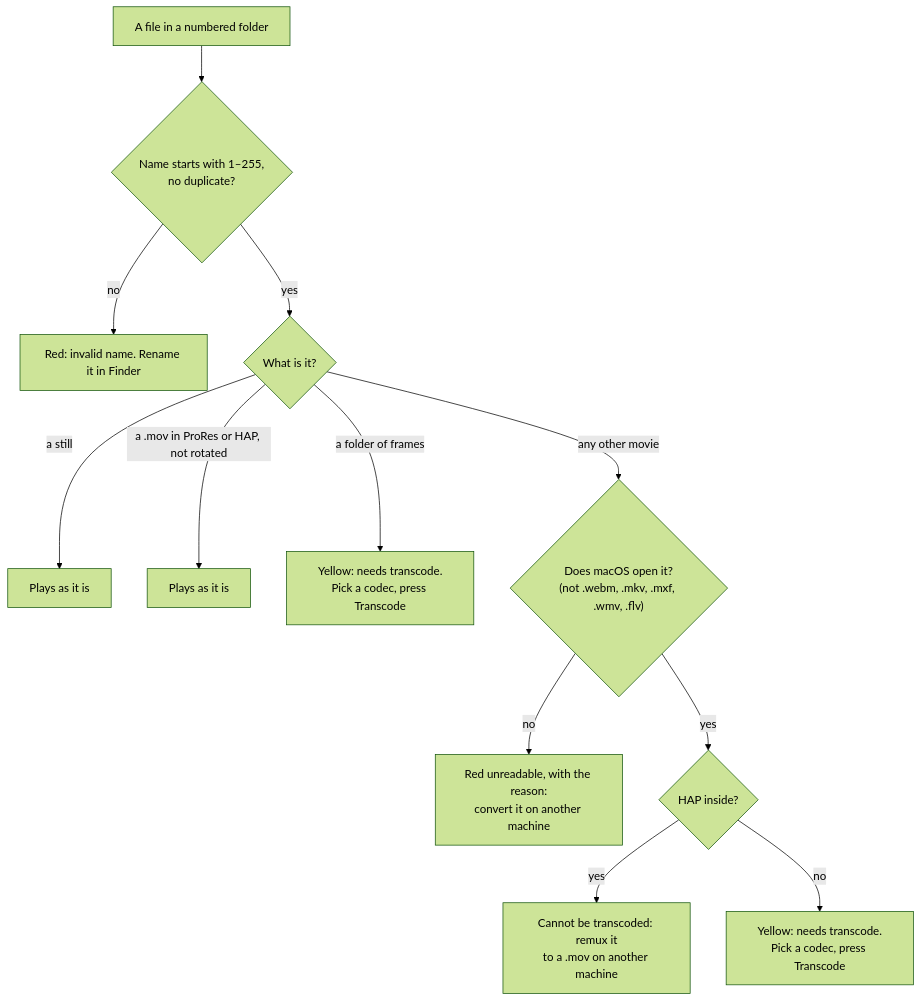
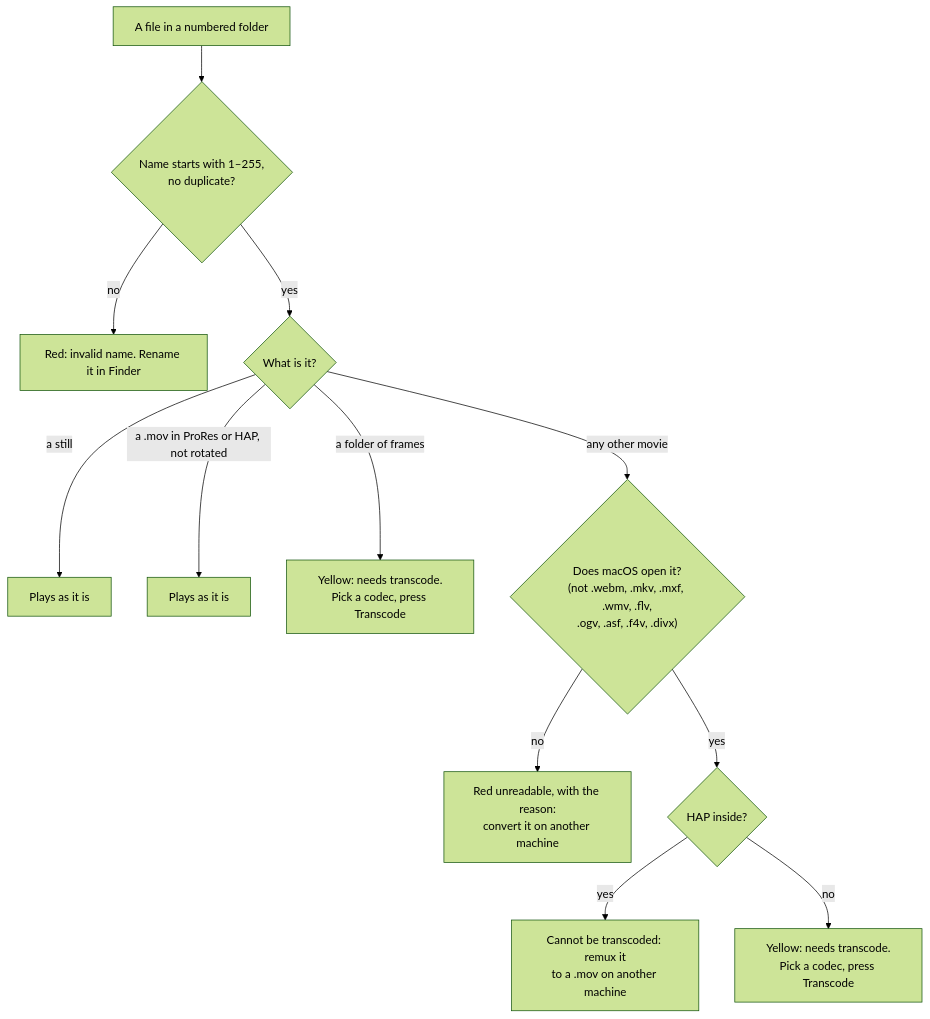
The first of 3 diagrams in docs/user/media-library.md (Timdebruijn/fanous), drawn with Mermaid (forest theme) before and after one commit. The commit also changed other lines of this file and 7 other files, not shown here.

````diff
--- a/docs/user/media-library.md
+++ b/docs/user/media-library.md
@@ -116,14 +119,14 @@
 ```mermaid
 flowchart TD
   file["A file in a numbered folder"] --> name{"Name starts with 1–255,<br>no duplicate?"}
   name -- no --> invalid["Red: invalid name. Rename it in Finder"]
   name -- yes --> kind{"What is it?"}
   kind -- "a still" --> still["Plays as it is"]
   kind -- "a .mov in ProRes or HAP, not rotated" --> native["Plays as it is"]
   kind -- "a folder of frames" --> seq["Yellow: needs transcode.<br>Pick a codec, press Transcode"]
-  kind -- "any other movie" --> other{"Does macOS open it?<br>(not .webm, .mkv, .mxf, .wmv, .flv)"}
+  kind -- "any other movie" --> other{"Does macOS open it?<br>(not .webm, .mkv, .mxf, .wmv, .flv,<br>.ogv, .asf, .f4v, .divx)"}
   other -- no --> skipped["Red unreadable, with the reason:<br>convert it on another machine"]
   other -- yes --> hap{"HAP inside?"}
   hap -- yes --> haphand["Cannot be transcoded: remux it<br>to a .mov on another machine"]
   hap -- no --> transcode["Yellow: needs transcode.<br>Pick a codec, press Transcode"]
 ```
````
